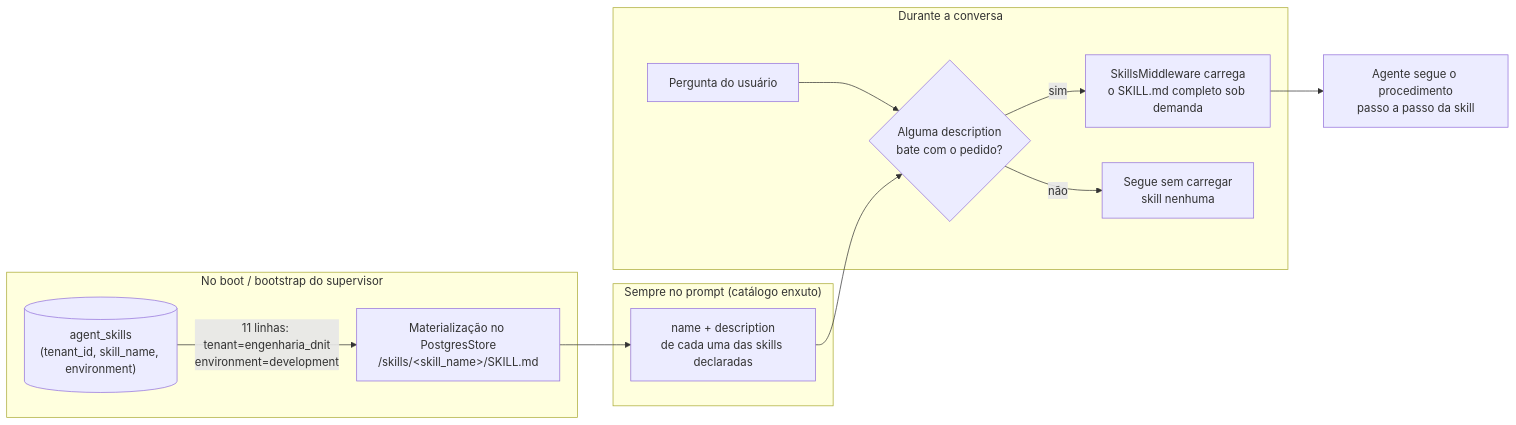
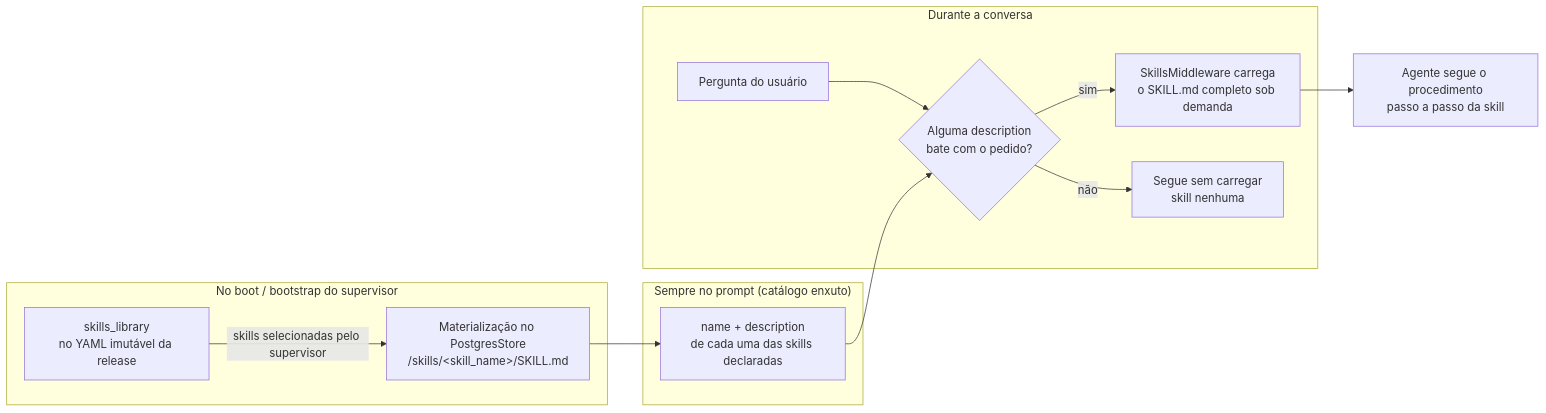
Before and after one commit to mrctito/plataforma_agentes_negocio_docs: the diagram in assets/diagrams/docs-readme-caso-de-uso-varejo-demo-diagrama-03.mmd, drawn with Mermaid. The commit also changed 17 other files, not shown here.

```diff
--- a/assets/diagrams/docs-readme-caso-de-uso-varejo-demo-diagrama-03.mmd
+++ b/assets/diagrams/docs-readme-caso-de-uso-varejo-demo-diagrama-03.mmd
@@ -1,21 +1,21 @@
 flowchart LR
     subgraph Boot["No boot / bootstrap do supervisor"]
-        DB1[("agent_skills<br/>(tenant_id, skill_name, environment)")]
+        YAML["skills_library<br/>no YAML imutável da release"]
         MAT["Materialização no PostgresStore<br/>/skills/&lt;skill_name&gt;/SKILL.md"]
-        DB1 -->|"11 linhas: tenant=engenharia_dnit<br/>environment=development"| MAT
+        YAML -->|"skills selecionadas pelo supervisor"| MAT
     end
     subgraph Prompt["Sempre no prompt (catálogo enxuto)"]
         CAT["name + description<br/>de cada uma das skills declaradas"]
     end
     MAT --> CAT
     subgraph Runtime["Durante a conversa"]
         Q["Pergunta do usuário"]
         DEC{"Alguma description<br/>bate com o pedido?"}
         LOAD["SkillsMiddleware carrega<br/>o SKILL.md completo sob demanda"]
         NOLOAD["Segue sem carregar<br/>skill nenhuma"]
     end
     Q --> DEC
     CAT --> DEC
     DEC -->|"sim"| LOAD
     DEC -->|"não"| NOLOAD
     LOAD --> EXE["Agente segue o procedimento<br/>passo a passo da skill"]
```
